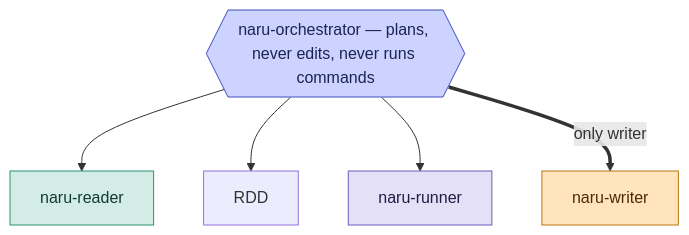
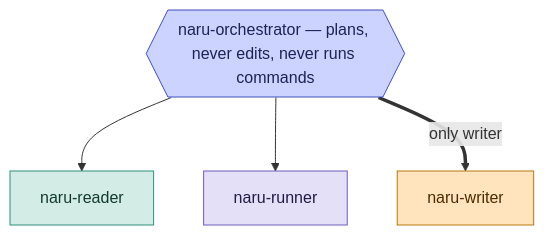
The diagram in docs/src/content/docs/workflows/agents.md (sean35mm/naru-opencode), drawn with Mermaid before and after one commit. The commit also changed other lines of this file and 12 other files, not shown here.

````diff
--- a/docs/src/content/docs/workflows/agents.md
+++ b/docs/src/content/docs/workflows/agents.md
@@ -10,15 +10,15 @@
 ```mermaid
 flowchart TB
   ORC{{"naru-orchestrator — plans, never edits, never runs commands"}}:::coord
   RD["naru-reader"]:::read
   RUN["naru-runner"]:::shell
   WR["naru-writer"]:::write
 
-  ORC --> RD & RDD & RUN
+  ORC --> RD & RUN
   ORC ==>|"only writer"| WR
 
   classDef coord fill:#ccd3ff,stroke:#3f4fbe,color:#1b2456
   classDef read fill:#d3ece5,stroke:#2f8f78,color:#123a31
   classDef shell fill:#e3e0f7,stroke:#6a5fbe,color:#211b45
   classDef write fill:#ffe4bd,stroke:#b8760f,color:#4a2c00
 ```
````
